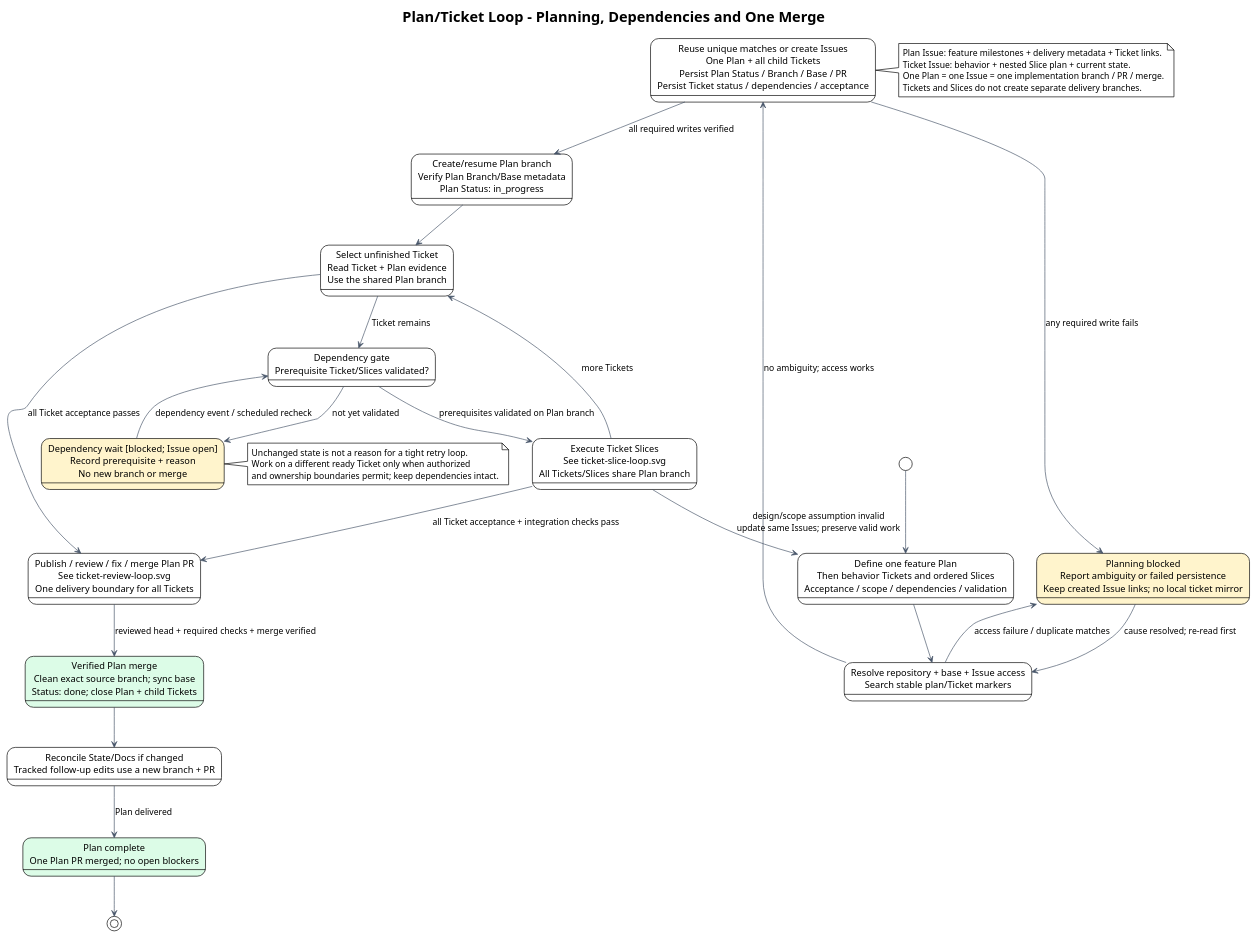
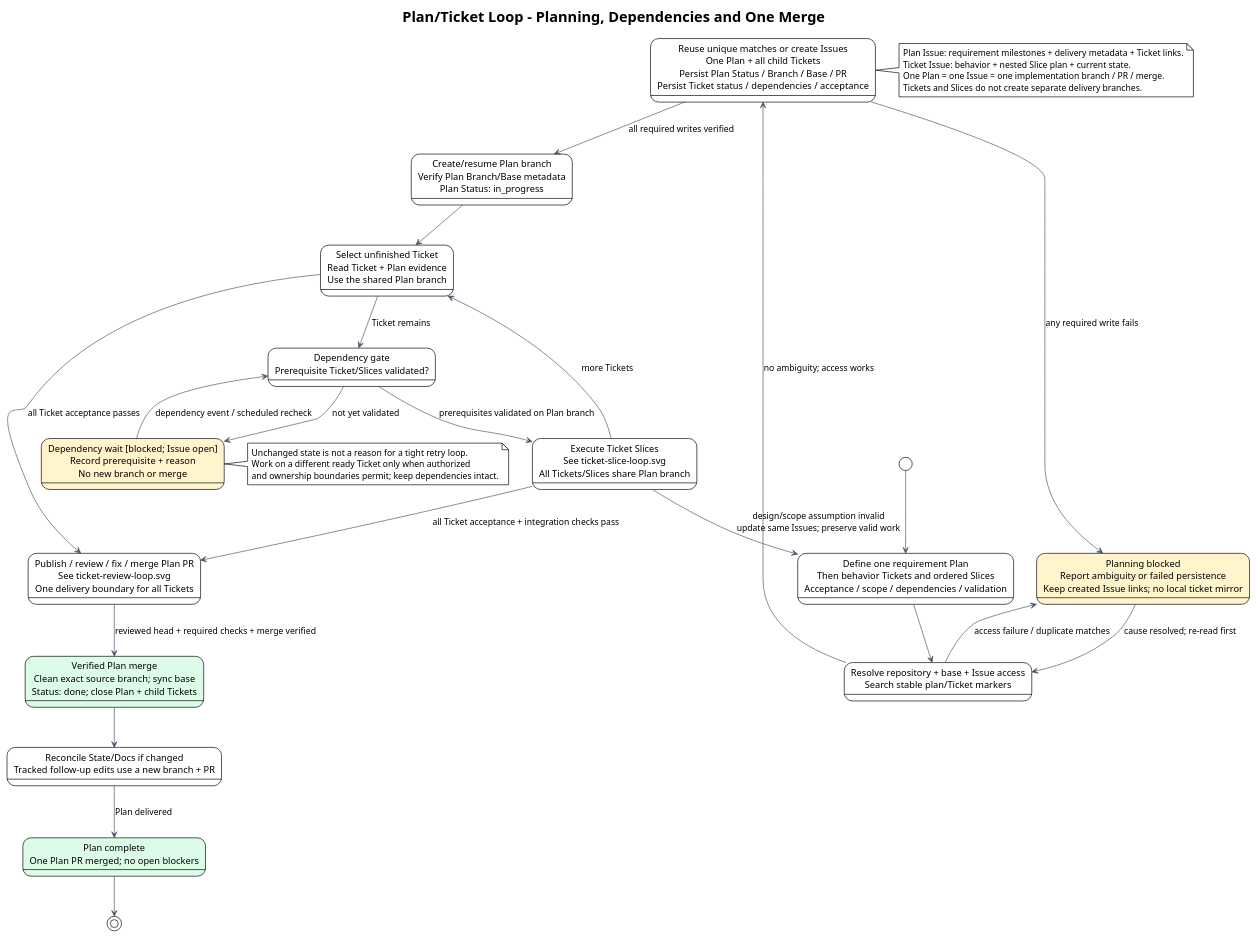
Before and after one commit to i-zrhe2016/codex-development-workflow: the diagram in docs/diagrams/ticket-lifecycle.puml, drawn with PlantUML. The commit also changed 22 other files, not shown here.

Commit message:
docs(workflow): require a plan for every requirement

```diff
--- a/docs/diagrams/ticket-lifecycle.puml
+++ b/docs/diagrams/ticket-lifecycle.puml
@@ -1,54 +1,54 @@
 @startuml
 !theme plain
 skinparam defaultFontName Arial
 skinparam shadowing false
 skinparam ArrowColor #475569
 title Plan/Ticket Loop - Planning, Dependencies and One Merge
 
-state "Define one feature Plan\nThen behavior Tickets and ordered Slices\nAcceptance / scope / dependencies / validation" as plan
+state "Define one requirement Plan\nThen behavior Tickets and ordered Slices\nAcceptance / scope / dependencies / validation" as plan
 state "Resolve repository + base + Issue access\nSearch stable plan/Ticket markers" as lookup
 state "Reuse unique matches or create Issues\nOne Plan + all child Tickets\nPersist Plan Status / Branch / Base / PR\nPersist Ticket status / dependencies / acceptance" as persist
 state "Planning blocked\nReport ambiguity or failed persistence\nKeep created Issue links; no local ticket mirror" as plan_blocked #FFF4CC
 state "Create/resume Plan branch\nVerify Plan Branch/Base metadata\nPlan Status: in_progress" as branch
 state "Select unfinished Ticket\nRead Ticket + Plan evidence\nUse the shared Plan branch" as select
 state "Dependency gate\nPrerequisite Ticket/Slices validated?" as dependency
 state "Dependency wait [blocked; Issue open]\nRecord prerequisite + reason\nNo new branch or merge" as wait_dep #FFF4CC
 state "Execute Ticket Slices\nSee ticket-slice-loop.svg\nAll Tickets/Slices share Plan branch" as slices
 state "Publish / review / fix / merge Plan PR\nSee ticket-review-loop.svg\nOne delivery boundary for all Tickets" as deliver
 state "Verified Plan merge\nClean exact source branch; sync base\nStatus: done; close Plan + child Tickets" as done #DCFCE7
 state "Reconcile State/Docs if changed\nTracked follow-up edits use a new branch + PR" as state_docs
 state "Plan complete\nOne Plan PR merged; no open blockers" as complete #DCFCE7
 
 [*] --> plan
 plan --> lookup
 lookup --> persist : no ambiguity; access works
 lookup --> plan_blocked : access failure / duplicate matches
 persist --> plan_blocked : any required write fails
 plan_blocked --> lookup : cause resolved; re-read first
 persist --> branch : all required writes verified
 branch --> select
 select --> dependency : Ticket remains
 select --> deliver : all Ticket acceptance passes
 dependency --> wait_dep : not yet validated
 wait_dep --> dependency : dependency event / scheduled recheck
 dependency --> slices : prerequisites validated on Plan branch
 slices --> select : more Tickets
 slices --> deliver : all Ticket acceptance + integration checks pass
 slices --> plan : design/scope assumption invalid\nupdate same Issues; preserve valid work
 deliver --> done : reviewed head + required checks + merge verified
 done --> state_docs
 state_docs --> complete : Plan delivered
 complete --> [*]
 
 note right of persist
-Plan Issue: feature milestones + delivery metadata + Ticket links.
+Plan Issue: requirement milestones + delivery metadata + Ticket links.
 Ticket Issue: behavior + nested Slice plan + current state.
 One Plan = one Issue = one implementation branch / PR / merge.
 Tickets and Slices do not create separate delivery branches.
 end note
 note right of wait_dep
 Unchanged state is not a reason for a tight retry loop.
 Work on a different ready Ticket only when authorized
 and ownership boundaries permit; keep dependencies intact.
 end note
 @enduml
```
